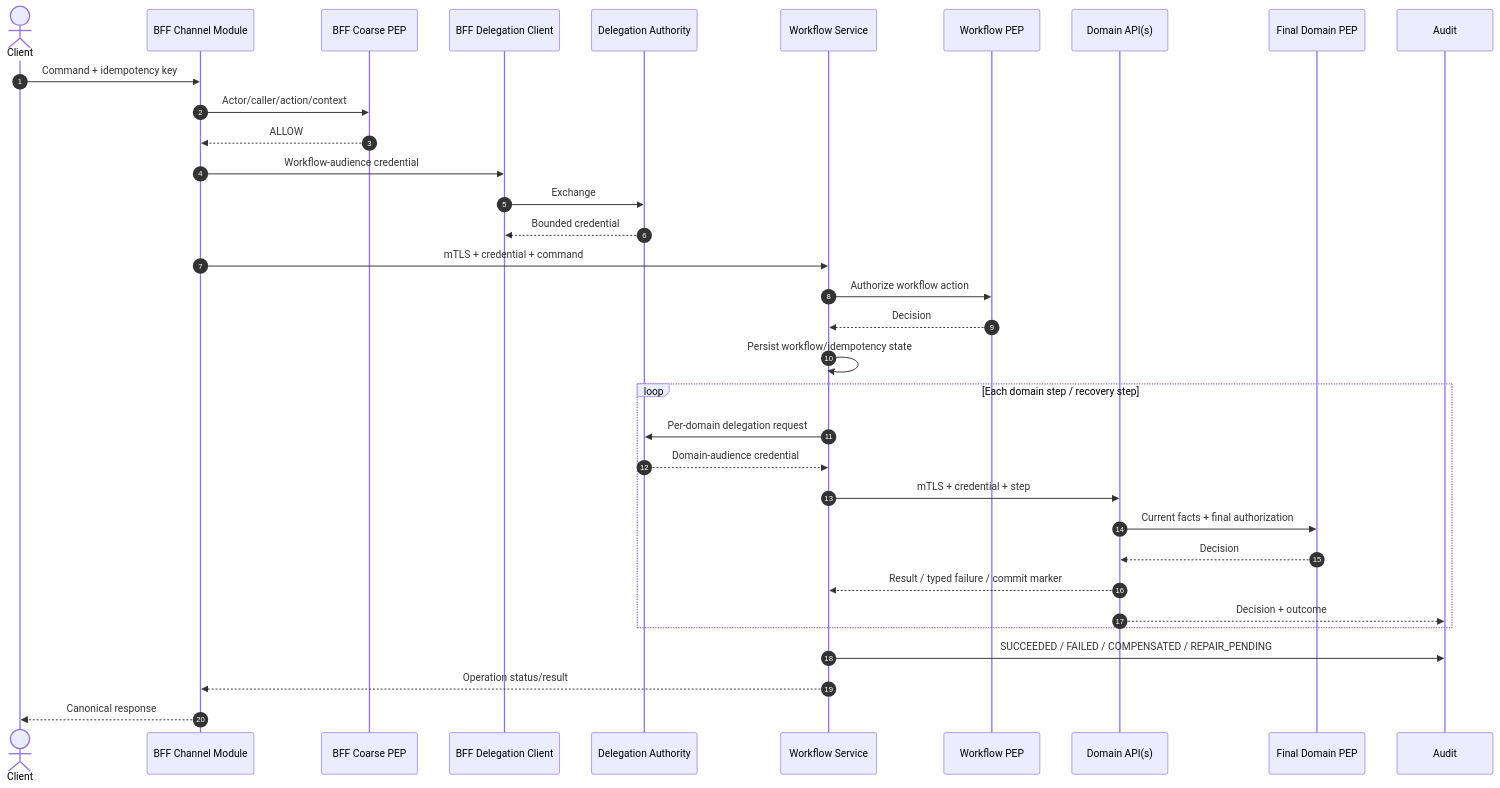
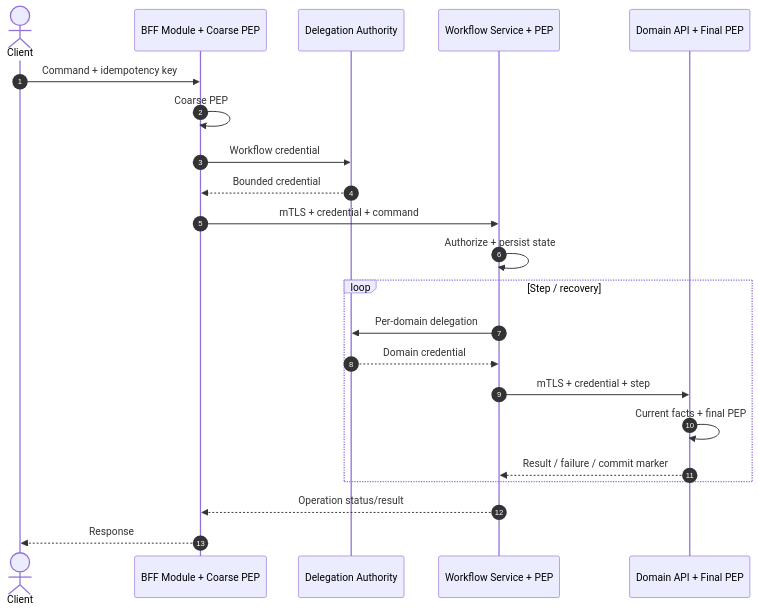
The third of 4 diagrams in zero-trust.md (huynv-xyz/vhm), drawn with Mermaid before and after one commit. The commit also changed other lines of this file, not shown here.

First line of the commit message:
docs: streamline Zero Trust centralized BFF TDD

````diff
--- a/zero-trust.md
+++ b/zero-trust.md
@@ -462,37 +396,25 @@
 ```mermaid
 sequenceDiagram
     autonumber
     actor Client
-    participant BFF as BFF Channel Module
-    participant BFFPEP as BFF Coarse PEP
-    participant Delegation as BFF Delegation Client
+    participant BFF as BFF Module + Coarse PEP
     participant IAM as Delegation Authority
-    participant Workflow as Workflow Service
-    participant WorkflowPEP as Workflow PEP
-    participant Domain as Domain API(s)
-    participant DomainPEP as Final Domain PEP
-    participant Audit
+    participant Workflow as Workflow Service + PEP
+    participant Domain as Domain API + Final PEP
 
     Client->>BFF: Command + idempotency key
-    BFF->>BFFPEP: Actor/caller/action/context
-    BFFPEP-->>BFF: ALLOW
-    BFF->>Delegation: Workflow-audience credential
-    Delegation->>IAM: Exchange
-    IAM-->>Delegation: Bounded credential
+    BFF->>BFF: Coarse PEP
+    BFF->>IAM: Workflow credential
+    IAM-->>BFF: Bounded credential
     BFF->>Workflow: mTLS + credential + command
-    Workflow->>WorkflowPEP: Authorize workflow action
-    WorkflowPEP-->>Workflow: Decision
-    Workflow->>Workflow: Persist workflow/idempotency state
-    loop Each domain step / recovery step
-        Workflow->>IAM: Per-domain delegation request
-        IAM-->>Workflow: Domain-audience credential
+    Workflow->>Workflow: Authorize + persist state
+    loop Step / recovery
+        Workflow->>IAM: Per-domain delegation
+        IAM-->>Workflow: Domain credential
         Workflow->>Domain: mTLS + credential + step
-        Domain->>DomainPEP: Current facts + final authorization
-        DomainPEP-->>Domain: Decision
-        Domain-->>Workflow: Result / typed failure / commit marker
-        Domain-->>Audit: Decision + outcome
+        Domain->>Domain: Current facts + final PEP
+        Domain-->>Workflow: Result / failure / commit marker
     end
-    Workflow->>Audit: SUCCEEDED / FAILED / COMPENSATED / REPAIR_PENDING
     Workflow-->>BFF: Operation status/result
-    BFF-->>Client: Canonical response
+    BFF-->>Client: Response
 ```
````
